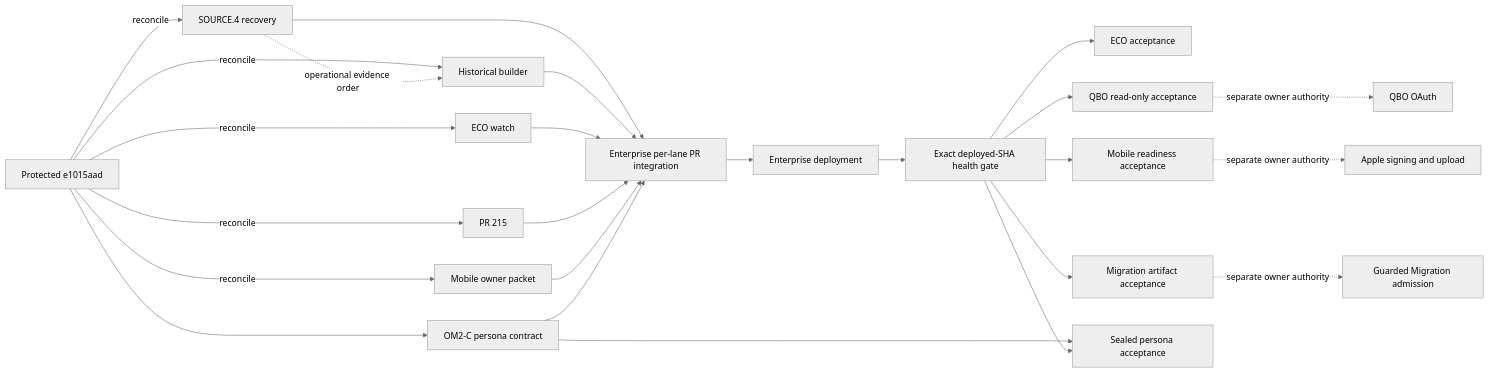
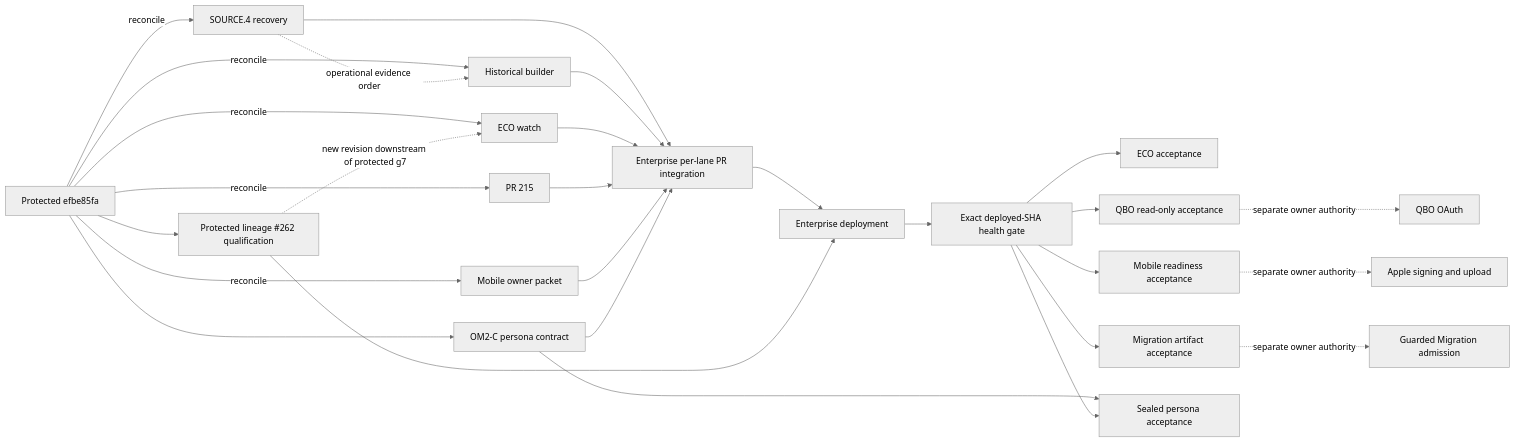
Before and after one commit to ACPEnterprise/ACP-Enterprise: the diagram in docs/operations/launch-20260911/om1-enterprise-integration-queue-current.md, drawn with Mermaid (neutral theme). The commit also changed other lines of this file, not shown here.

Commit message:
docs(enterprise): refresh queue after SOURCE.4 lineage merge

````diff
--- a/docs/operations/launch-20260911/om1-enterprise-integration-queue-current.md
+++ b/docs/operations/launch-20260911/om1-enterprise-integration-queue-current.md
@@ -100,27 +107,30 @@
 ```mermaid
 flowchart LR
-    A[Protected e1015aad] -->|reconcile| R[SOURCE.4 recovery]
+    A[Protected efbe85fa] -->|reconcile| R[SOURCE.4 recovery]
     A --> C[OM2-C persona contract]
+    A --> L[Protected lineage #262 qualification]
     A -->|reconcile| B[Historical builder]
     A -->|reconcile| E[ECO watch]
     A -->|reconcile| P[PR 215]
     A -->|reconcile| M[Mobile owner packet]
     R -.->|operational evidence order| B
     R --> I[Enterprise per-lane PR integration]
     B --> I
     E --> I
     P --> I
     M --> I
     C --> I
+    L -.->|new revision downstream of protected g7| E
     I --> D[Enterprise deployment]
+    L --> D
     D --> H[Exact deployed-SHA health gate]
     H --> EA[ECO acceptance]
     H --> QA[QBO read-only acceptance]
     H --> MA[Mobile readiness acceptance]
     H --> XA[Migration artifact acceptance]
     C --> PA[Sealed persona acceptance]
     H --> PA
     XA -.->|separate owner authority| MG[Guarded Migration admission]
     QA -.->|separate owner authority| QG[QBO OAuth]
     MA -.->|separate owner authority| AG[Apple signing and upload]
 ```
````
